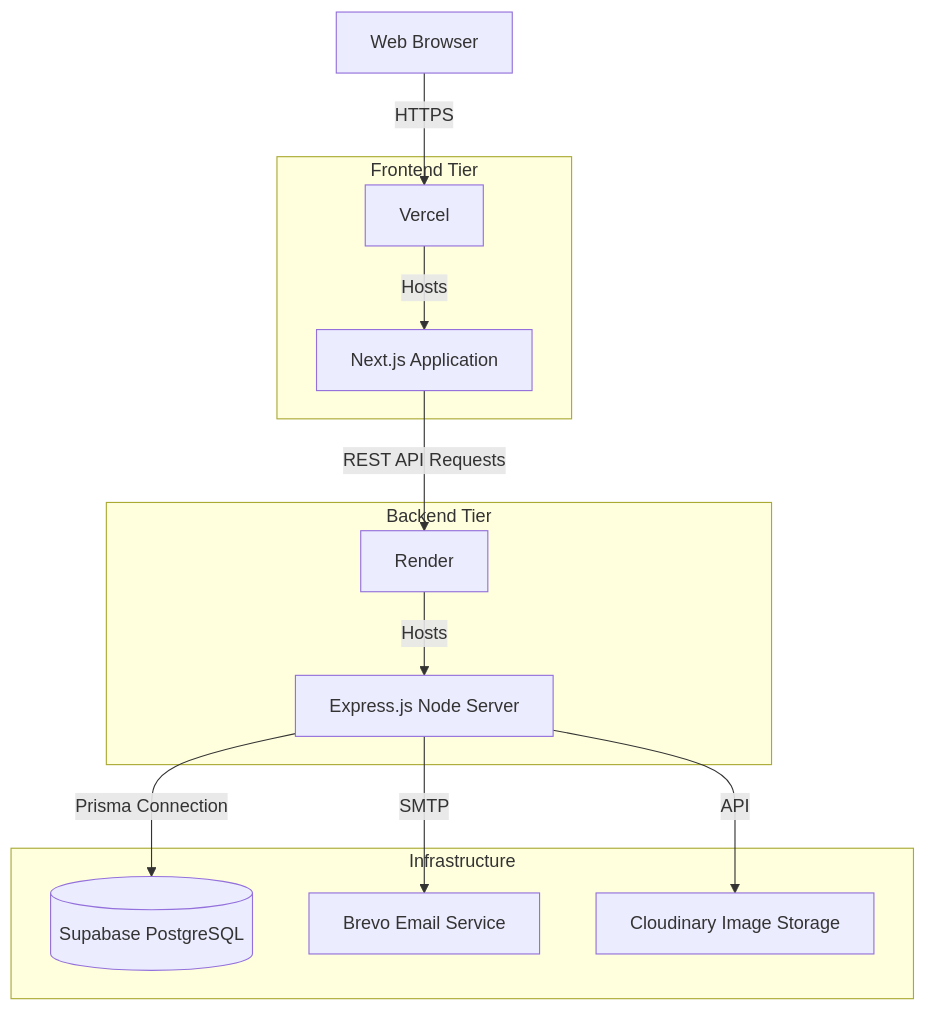
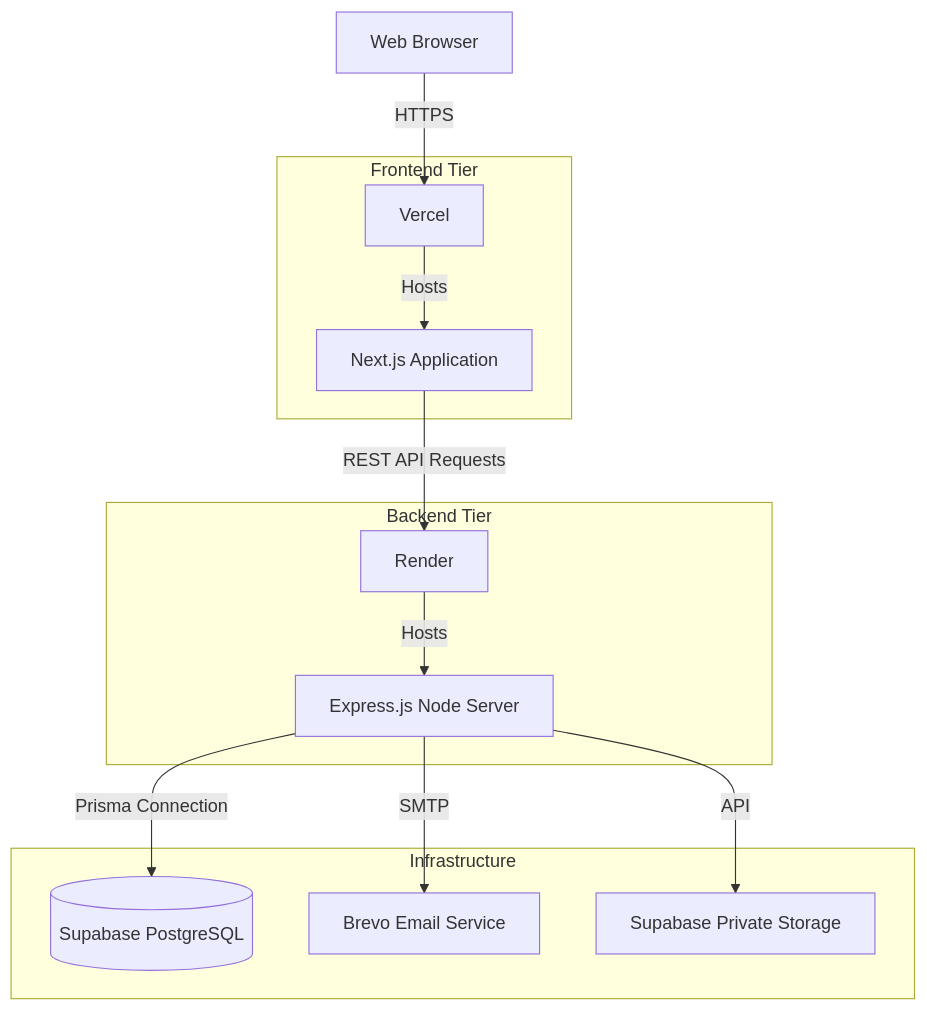
The eighth of 8 diagrams in ARCHITECTURE.md (Tamilselvan2/Fintriq), drawn with Mermaid before and after one commit. The commit also changed other lines of this file and 6 other files, not shown here.

````diff
--- a/ARCHITECTURE.md
+++ b/ARCHITECTURE.md
@@ -179,20 +179,20 @@
 ```mermaid
 graph TD
     Client[Web Browser] -->|HTTPS| V[Vercel]
     
     subgraph Frontend Tier
         V[Vercel] -->|Hosts| NextApp[Next.js Application]
     end
     
     NextApp -->|REST API Requests| R[Render]
     
     subgraph Backend Tier
         R[Render] -->|Hosts| ExpressAPI[Express.js Node Server]
     end
     
     subgraph Infrastructure
         ExpressAPI -->|Prisma Connection| DB[(Supabase PostgreSQL)]
         ExpressAPI -->|SMTP| Email[Brevo Email Service]
-        ExpressAPI -->|API| Storage[Cloudinary Image Storage]
+        ExpressAPI -->|API| Storage[Supabase Private Storage]
     end
 ```
````
